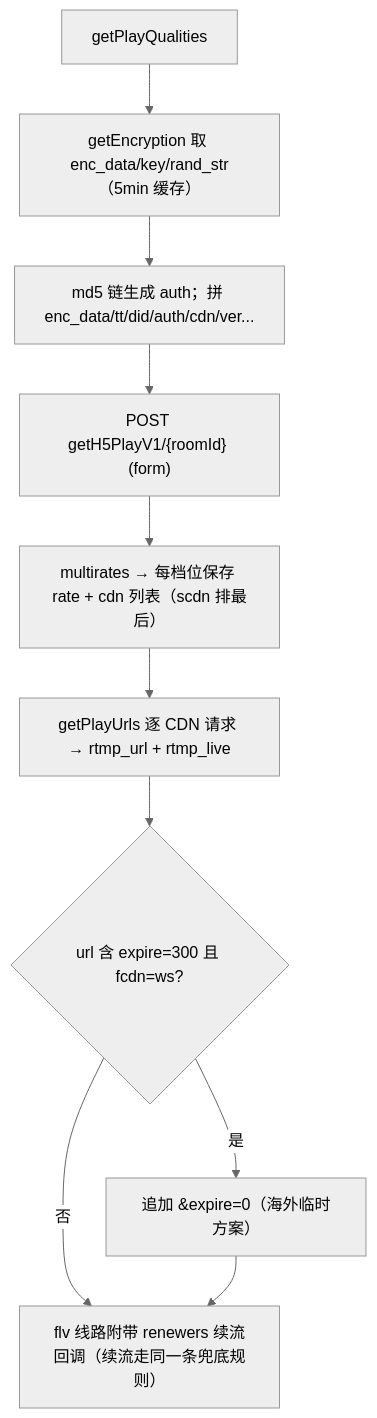
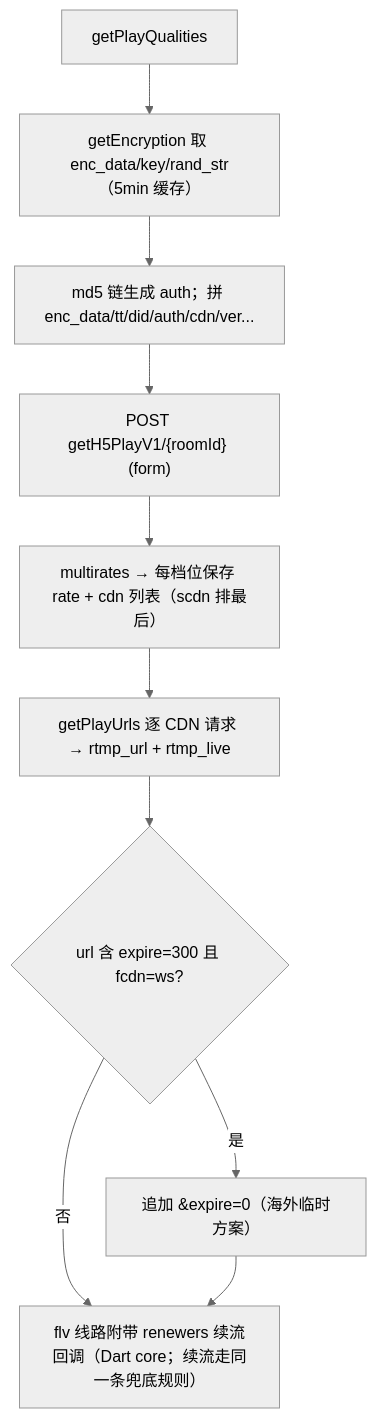
The seventh of 12 diagrams in simple_live_core/doc/workflow-diagram.md (gaoxing64/dart_simple_live), drawn with Mermaid (neutral theme) before and after one commit. The commit also changed other lines of this file and 8 other files, not shown here.

````diff
--- a/simple_live_core/doc/workflow-diagram.md
+++ b/simple_live_core/doc/workflow-diagram.md
@@ -192,12 +194,12 @@
 ```mermaid
 flowchart TD
     A["getPlayQualities"] --> B["getEncryption 取 enc_data/key/rand_str（5min 缓存）"]
     B --> C["md5 链生成 auth；拼 enc_data/tt/did/auth/cdn/ver..."]
     C --> D["POST getH5PlayV1/{roomId} (form)"]
     D --> E["multirates → 每档位保存 rate + cdn 列表（scdn 排最后）"]
     E --> F["getPlayUrls 逐 CDN 请求 → rtmp_url + rtmp_live"]
     F --> G{"url 含 expire=300 且 fcdn=ws?"}
     G -- "是" --> H["追加 &expire=0（海外临时方案）"]
-    G -- "否" --> I["flv 线路附带 renewers 续流回调（续流走同一条兜底规则）"]
+    G -- "否" --> I["flv 线路附带 renewers 续流回调（Dart core；续流走同一条兜底规则）"]
     H --> I
 ```
````
